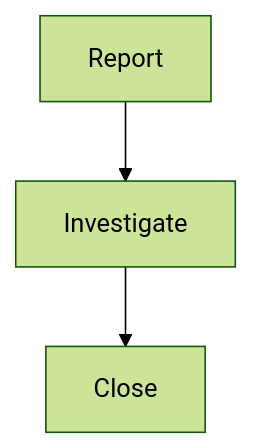
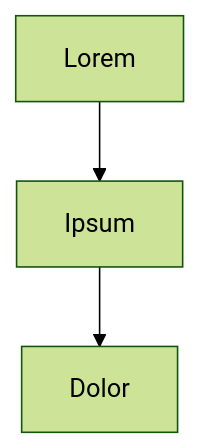
One commit to isidro-rodriguez/assistant-skills changed the first of 2 diagrams in skills/typeset-pdf/evals/note-sample-a4/files/sample.md. Above: the diagram before and after it, drawn with Mermaid (forest theme). The commit also changed other lines of this file and 7 other files, not shown here.

First line of the commit message:
typeset-pdf: rellenos con lorem ipsum

````diff
--- a/skills/typeset-pdf/evals/note-sample-a4/files/sample.md
+++ b/skills/typeset-pdf/evals/note-sample-a4/files/sample.md
@@ -50,4 +50,4 @@
 ```mermaid
 flowchart TD
-  A[Report] --> B[Investigate] --> C[Close]
+  A[Lorem] --> B[Ipsum] --> C[Dolor]
 ```
````
